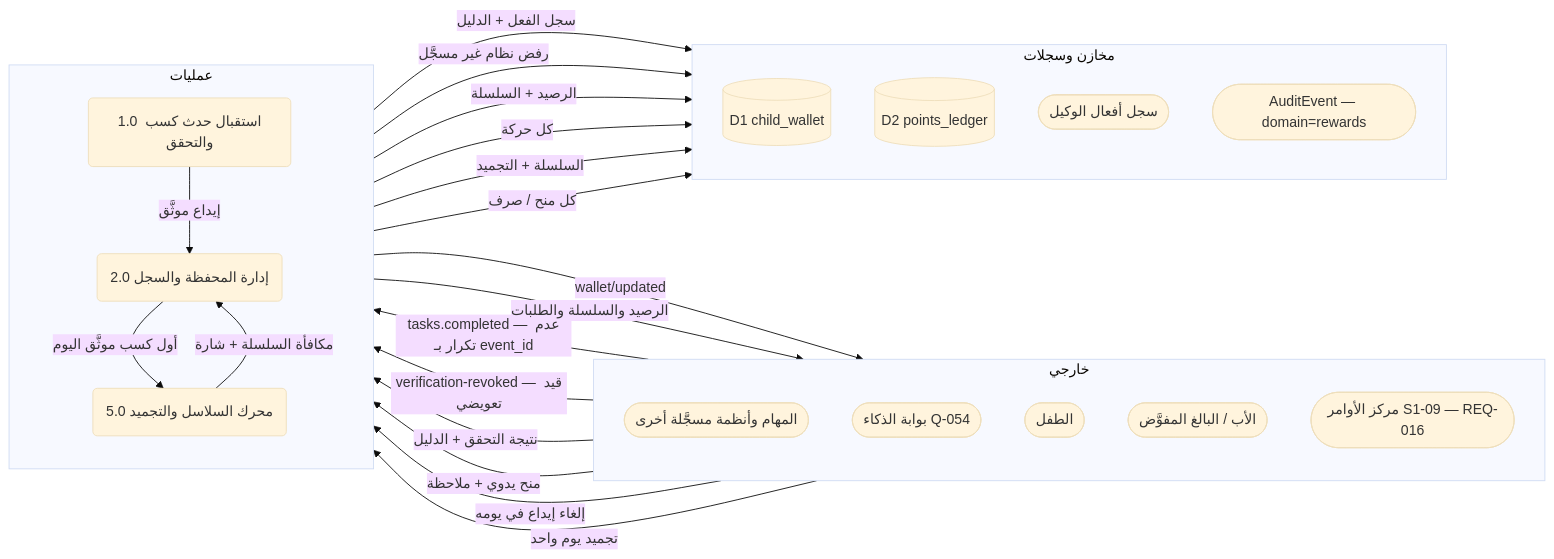
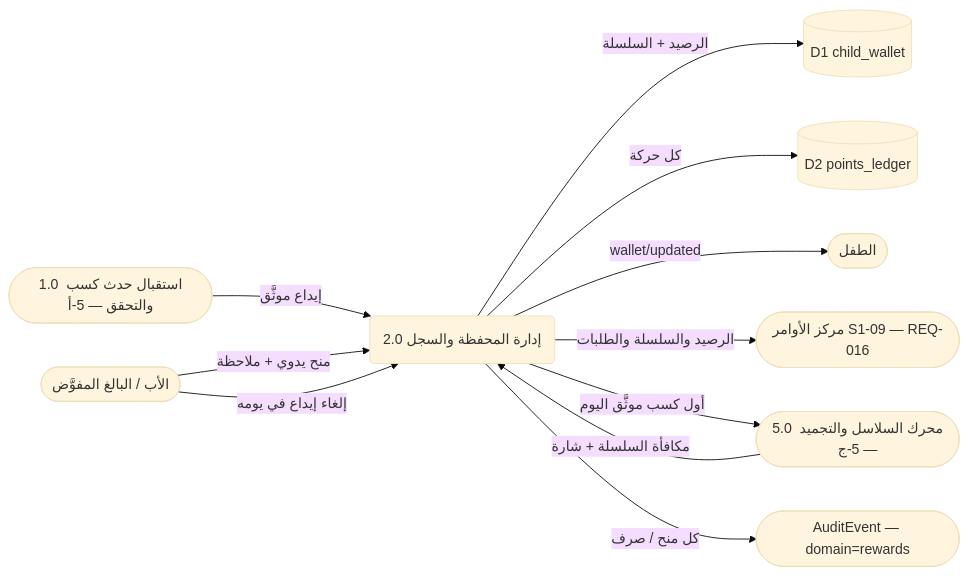
Diagram 18 of 26 in docs/family-os/governance/phases/phase-1/S1-05-rewards-children/DIAGRAMS.md (Bassam-mohammed-alqaeadi/family-os-v2), drawn with Mermaid (base theme) before and after one commit. The commit also changed other lines of this file, not shown here.

````diff
--- a/docs/family-os/governance/phases/phase-1/S1-05-rewards-children/DIAGRAMS.md
+++ b/docs/family-os/governance/phases/phase-1/S1-05-rewards-children/DIAGRAMS.md
@@ -588,42 +692,23 @@
 ```mermaid
 flowchart LR
-    subgraph ExtA [خارجي]
-        direction TB
-        S106([المهام وأنظمة مسجَّلة أخرى])
-        AI([بوابة الذكاء Q-054])
-        Child([الطفل])
-        Father([الأب / البالغ المفوَّض])
-        S109([مركز الأوامر S1-09 — REQ-016])
-    end
-    subgraph ProcA [عمليات]
-        direction TB
-        P1(1.0 استقبال حدث كسب والتحقق)
-        P2(2.0 إدارة المحفظة والسجل)
-        P5(5.0 محرك السلاسل والتجميد)
-    end
-    subgraph StoresA [مخازن وسجلات]
-        direction TB
-        D1[(D1 child_wallet)]
-        D2[(D2 points_ledger)]
-        AgentActionLog([سجل أفعال الوكيل])
-        Audit([AuditEvent — domain=rewards])
-    end
+    P1x(["1.0 استقبال حدث كسب والتحقق — 5-أ"])
+    Father([الأب / البالغ المفوَّض])
+    P2(2.0 إدارة المحفظة والسجل)
+    P5x(["5.0 محرك السلاسل والتجميد — 5-ج"])
+    D1[(D1 child_wallet)]
+    D2[(D2 points_ledger)]
+    Child([الطفل])
+    S109([مركز الأوامر S1-09 — REQ-016])
+    Audit([AuditEvent — domain=rewards])
 
-    S106 -->|"tasks.completed — عدم تكرار بـ event_id"| P1
-    S106 -->|"verification-revoked — قيد تعويضي"| P1
-    AI -->|"نتيجة التحقق + الدليل"| P1
-    P1 -->|"سجل الفعل + الدليل"| AgentActionLog
-    P1 -->|رفض نظام غير مسجَّل| Audit
-    P1 -->|إيداع موثَّق| P2
+    P1x -->|إيداع موثَّق| P2
+    Father -->|منح يدوي + ملاحظة| P2
+    Father -->|إلغاء إيداع في يومه| P2
     P2 -->|الرصيد + السلسلة| D1
     P2 -->|كل حركة| D2
     P2 -->|"wallet/updated"| Child
     P2 -->|الرصيد والسلسلة والطلبات| S109
-    Father -->|منح يدوي + ملاحظة| P2
-    Father -->|إلغاء إيداع في يومه| P2
-    P2 -->|أول كسب موثَّق اليوم| P5
-    P5 -->|السلسلة + التجميد| D1
-    Father -->|تجميد يوم واحد| P5
-    P5 -->|مكافأة السلسلة + شارة| P2
+    P2 -->|أول كسب موثَّق اليوم| P5x
+    P5x -->|مكافأة السلسلة + شارة| P2
     P2 -->|كل منح / صرف| Audit
 ```
````
